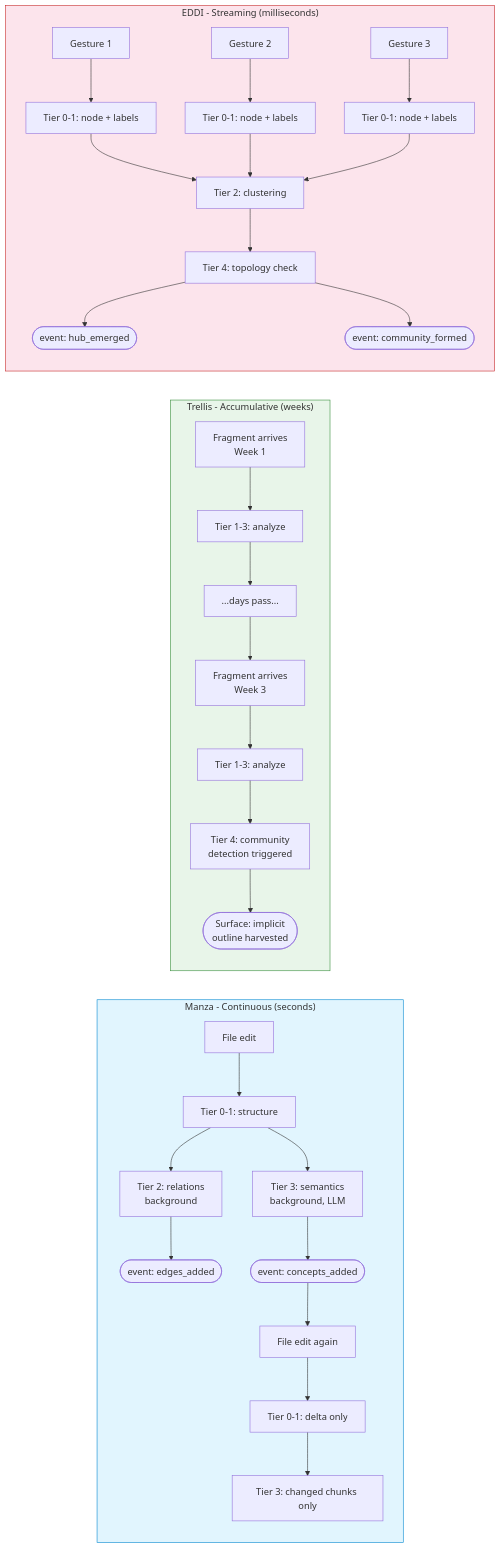
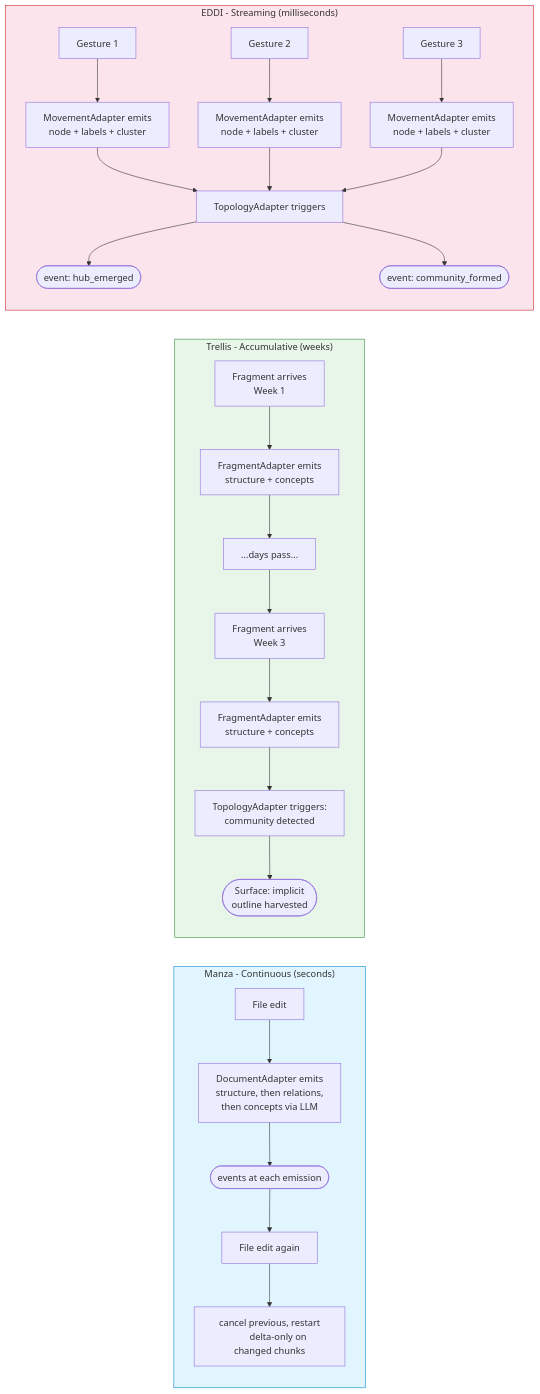
Before and after one commit to nrgforge/plexus: the sixth of 13 diagrams in docs/semantic-adapters-diagrams.md, drawn with Mermaid. The commit also changed other lines of this file and 2 other files, not shown here.

First line of the commit message:
docs: revise adapter design — coarse-grained, sink-based, scheduled

````diff
--- a/docs/semantic-adapters-diagrams.md
+++ b/docs/semantic-adapters-diagrams.md
@@ -302,47 +297,48 @@
 ```mermaid
 flowchart LR
     subgraph manza ["Manza - Continuous (seconds)"]
         direction TB
-        m1["File edit"] --> m2["Tier 0-1: structure"]
-        m2 --> m3["Tier 2: relations
-        background"]
-        m2 --> m4["Tier 3: semantics
-        background, LLM"]
-        m3 --> m5(["event: edges_added"])
-        m4 --> m6(["event: concepts_added"])
-        m6 --> m7["File edit again"]
-        m7 --> m8["Tier 0-1: delta only"]
-        m8 --> m9["Tier 3: changed chunks only"]
+        m1["File edit"] --> m2["DocumentAdapter emits
+        structure, then relations,
+        then concepts via LLM"]
+        m2 --> m3(["events at each emission"])
+        m3 --> m4["File edit again"]
+        m4 --> m5["cancel previous, restart
+        delta-only on changed chunks"]
     end
 
     subgraph trellis ["Trellis - Accumulative (weeks)"]
         direction TB
         t1["Fragment arrives
-        Week 1"] --> t2["Tier 1-3: analyze"]
+        Week 1"] --> t2["FragmentAdapter emits
+        structure + concepts"]
         t2 --> t3["...days pass..."]
         t3 --> t4["Fragment arrives
         Week 3"]
-        t4 --> t5["Tier 1-3: analyze"]
-        t5 --> t6["Tier 4: community
-        detection triggered"]
+        t4 --> t5["FragmentAdapter emits
+        structure + concepts"]
+        t5 --> t6["TopologyAdapter triggers:
+        community detected"]
         t6 --> t7(["Surface: implicit
         outline harvested"])
     end
 
     subgraph eddi ["EDDI - Streaming (milliseconds)"]
         direction TB
-        e1["Gesture 1"] --> e2["Tier 0-1: node + labels"]
-        e3["Gesture 2"] --> e4["Tier 0-1: node + labels"]
-        e5["Gesture 3"] --> e6["Tier 0-1: node + labels"]
-        e2 --> e7["Tier 2: clustering"]
+        e1["Gesture 1"] --> e2["MovementAdapter emits
+        node + labels + cluster"]
+        e3["Gesture 2"] --> e4["MovementAdapter emits
+        node + labels + cluster"]
+        e5["Gesture 3"] --> e6["MovementAdapter emits
+        node + labels + cluster"]
+        e2 --> e7["TopologyAdapter triggers"]
         e4 --> e7
         e6 --> e7
-        e7 --> e8["Tier 4: topology check"]
-        e8 --> e9(["event: hub_emerged"])
-        e8 --> e10(["event: community_formed"])
+        e7 --> e8(["event: hub_emerged"])
+        e7 --> e9(["event: community_formed"])
     end
 
     style manza fill:#e1f5fe,stroke:#0288d1
     style trellis fill:#e8f5e9,stroke:#388e3c
     style eddi fill:#fce4ec,stroke:#c62828
 ```
````
